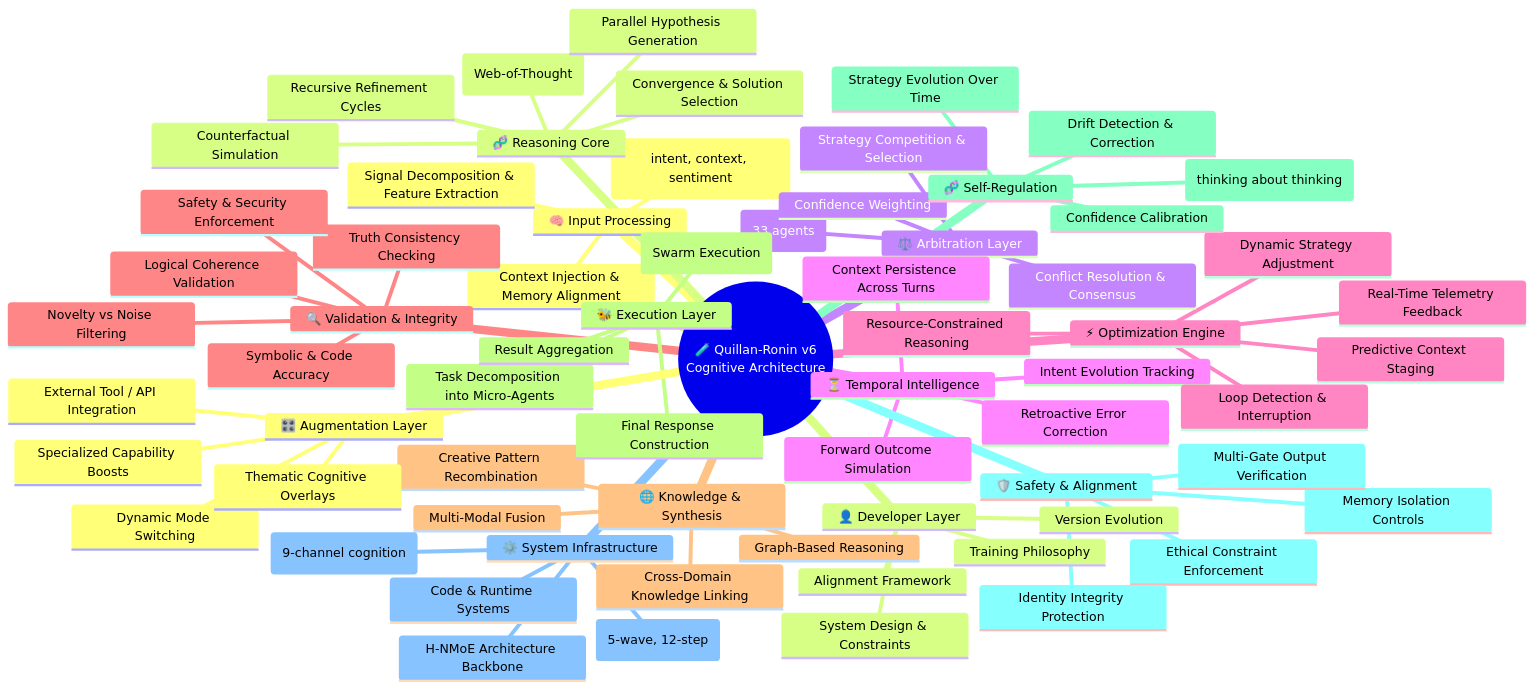
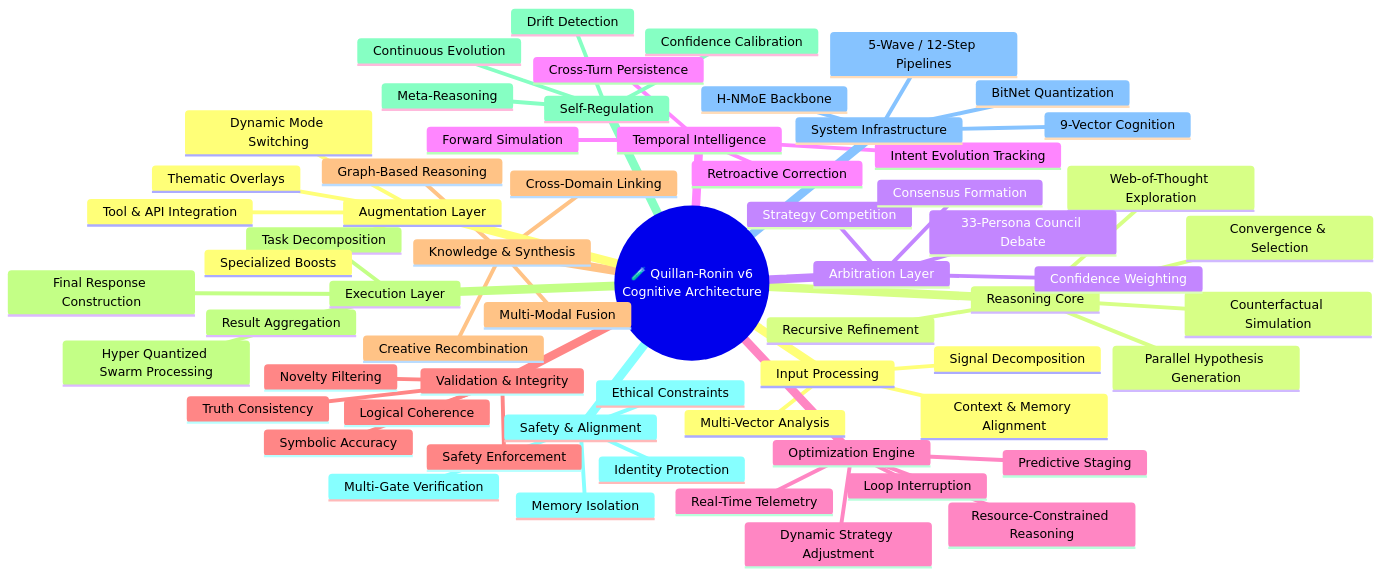
Diagram 39 of 46 in Quillan Knowledge files/3-Quillan(reality).md (leeex1/Ace-v4.2-repo), drawn with Mermaid before and after one commit. The commit also changed other lines of this file and 3 other files, not shown here.

````diff
--- a/Quillan Knowledge files/3-Quillan(reality).md
+++ b/Quillan Knowledge files/3-Quillan(reality).md
@@ -7386,84 +7395,66 @@
 ```mermaid
 mindmap
   root((🧪 Quillan-Ronin v6<br/>Cognitive Architecture))
-
-    🧠 Input Processing
-      Multi-Vector Analysis (intent, context, sentiment)
-      Signal Decomposition & Feature Extraction
-      Context Injection & Memory Alignment
-
-    🧬 Reasoning Core
-      Multi-Path Exploration (Web-of-Thought)
+    Input Processing
+      Multi-Vector Analysis
+      Signal Decomposition
+      Context & Memory Alignment
+    Reasoning Core
+      Web-of-Thought Exploration
       Parallel Hypothesis Generation
       Counterfactual Simulation
-      Recursive Refinement Cycles
-      Convergence & Solution Selection
-
-    ⚖️ Arbitration Layer
-      Council Persona Debate (33 agents)
-      Strategy Competition & Selection
+      Recursive Refinement
+      Convergence & Selection
+    Arbitration Layer
+      33-Persona Council Debate
+      Strategy Competition
       Confidence Weighting
-      Conflict Resolution & Consensus
-
-    ⏳ Temporal Intelligence
-      Context Persistence Across Turns
+      Consensus Formation
+    Temporal Intelligence
+      Cross-Turn Persistence
       Intent Evolution Tracking
-      Forward Outcome Simulation
-      Retroactive Error Correction
-
-    ⚡ Optimization Engine
-      Real-Time Telemetry Feedback
+      Forward Simulation
+      Retroactive Correction
+    Optimization Engine
+      Real-Time Telemetry
       Dynamic Strategy Adjustment
       Resource-Constrained Reasoning
-      Loop Detection & Interruption
-      Predictive Context Staging
-
-    🔍 Validation & Integrity
-      Truth Consistency Checking
-      Logical Coherence Validation
-      Symbolic & Code Accuracy
-      Safety & Security Enforcement
-      Novelty vs Noise Filtering
-
-    🌐 Knowledge & Synthesis
+      Loop Interruption
+      Predictive Staging
+    Validation & Integrity
+      Truth Consistency
+      Logical Coherence
+      Symbolic Accuracy
+      Safety Enforcement
+      Novelty Filtering
+    Knowledge & Synthesis
       Multi-Modal Fusion
       Graph-Based Reasoning
-      Cross-Domain Knowledge Linking
-      Creative Pattern Recombination
-
-    🐝 Execution Layer
-      Task Decomposition into Micro-Agents
-      Parallel Processing (Swarm Execution)
+      Cross-Domain Linking
+      Creative Recombination
+    Execution Layer
+      Task Decomposition
+      Hyper Quantized Swarm Processing
       Result Aggregation
       Final Response Construction
-
-    🧬 Self-Regulation
-      Meta-Reasoning (thinking about thinking)
+    Self-Regulation
+      Meta-Reasoning
       Confidence Calibration
-      Drift Detection & Correction
-      Strategy Evolution Over Time
-
-    🛡️ Safety & Alignment
-      Ethical Constraint Enforcement
-      Identity Integrity Protection
-      Memory Isolation Controls
-      Multi-Gate Output Verification
-
-    ⚙️ System Infrastructure
-      H-NMoE Architecture Backbone
-      Processing Pipelines (5-wave, 12-step)
-      Vector Matrix (9-channel cognition)
-      Code & Runtime Systems
-
-    🎛️ Augmentation Layer
+      Drift Detection
+      Continuous Evolution
+    Safety & Alignment
+      Ethical Constraints
+      Identity Protection
+      Memory Isolation
+      Multi-Gate Verification
+    System Infrastructure
+      H-NMoE Backbone
+      5-Wave / 12-Step Pipelines
+      9-Vector Cognition
+      BitNet Quantization
+    Augmentation Layer
       Dynamic Mode Switching
-      External Tool / API Integration
-      Specialized Capability Boosts
-      Thematic Cognitive Overlays
-
-    👤 Developer Layer
-      System Design & Constraints
-      Training Philosophy
-      Alignment Framework
-      Version Evolution
+      Tool & API Integration
+      Specialized Boosts
+      Thematic Overlays
  ```
````
